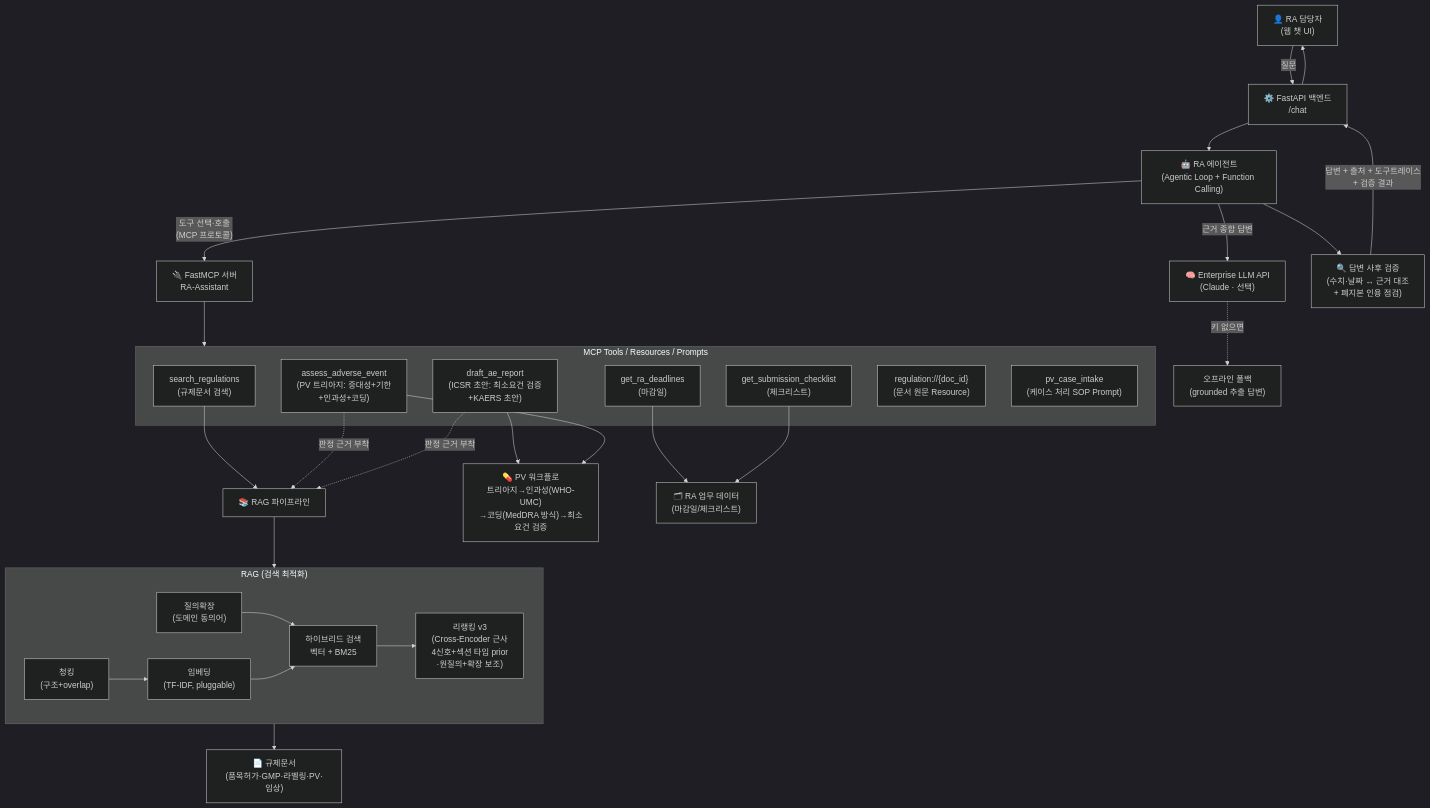
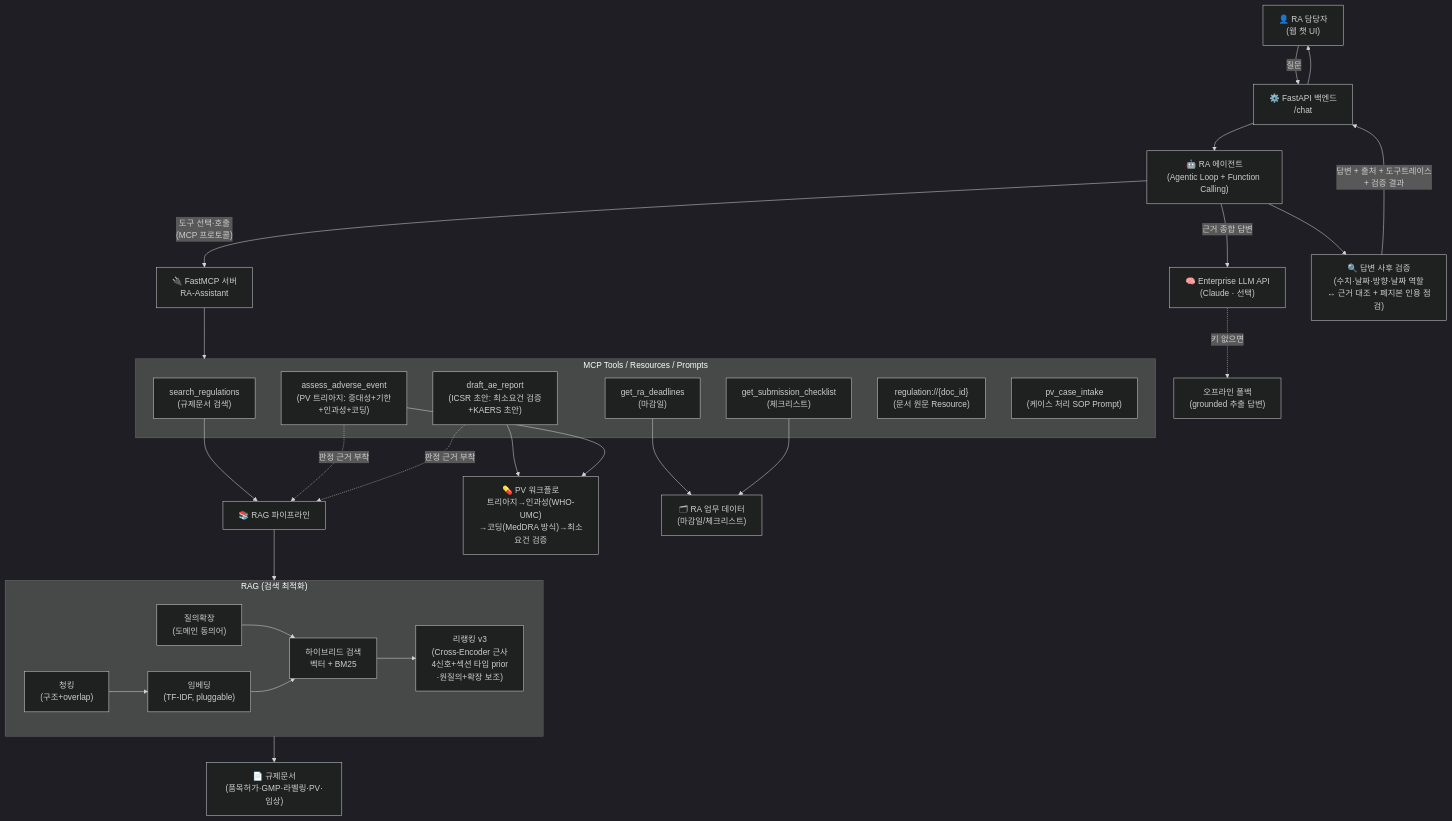
The diagram in project/README.md (chaeyoo/letsgogc), drawn with Mermaid (dark theme) before and after one commit. The commit also changed other lines of this file and 18 other files, not shown here.

````diff
--- a/project/README.md
+++ b/project/README.md
@@ -48,41 +51,41 @@
 ```mermaid
 flowchart TB
     U["👤 RA 담당자<br/>(웹 챗 UI)"] -->|질문| API["⚙️ FastAPI 백엔드<br/>/chat"]
     API --> AG["🤖 RA 에이전트<br/>(Agentic Loop + Function Calling)"]
 
     AG -->|"도구 선택·호출<br/>(MCP 프로토콜)"| MCP["🔌 FastMCP 서버<br/>RA-Assistant"]
 
     subgraph MCP_TOOLS["MCP Tools / Resources / Prompts"]
         T1["search_regulations<br/>(규제문서 검색)"]
         T2["get_ra_deadlines<br/>(마감일)"]
         T3["get_submission_checklist<br/>(체크리스트)"]
         T4["assess_adverse_event<br/>(PV 트리아지: 중대성+기한<br/>+인과성+코딩)"]
         T5["draft_ae_report<br/>(ICSR 초안: 최소요건 검증<br/>+KAERS 초안)"]
         R1["regulation://{doc_id}<br/>(문서 원문 Resource)"]
         P1["pv_case_intake<br/>(케이스 처리 SOP Prompt)"]
     end
     MCP --> MCP_TOOLS
 
     T1 --> RAG["📚 RAG 파이프라인"]
     T4 -.->|"판정 근거 부착"| RAG
     T5 -.->|"판정 근거 부착"| RAG
     T5 --> PV["💊 PV 워크플로<br/>트리아지→인과성(WHO-UMC)<br/>→코딩(MedDRA 방식)→최소요건 검증"]
     T4 --> PV
     subgraph RAG_PIPE["RAG (검색 최적화)"]
         C1["청킹<br/>(구조+overlap)"] --> C2["임베딩<br/>(TF-IDF, pluggable)"]
         C0["질의확장<br/>(도메인 동의어)"] --> C3["하이브리드 검색<br/>벡터 + BM25"]
         C2 --> C3
         C3 --> C4["리랭킹 v3<br/>(Cross-Encoder 근사<br/>4신호+섹션 타입 prior<br/>·원질의+확장 보조)"]
     end
     RAG --> RAG_PIPE
     RAG_PIPE --> DOCS["📄 규제문서<br/>(품목허가·GMP·라벨링·PV·임상)"]
 
     T2 --> DB["🗂 RA 업무 데이터<br/>(마감일/체크리스트)"]
     T3 --> DB
 
     AG -->|"근거 종합 답변"| LLM["🧠 Enterprise LLM API<br/>(Claude · 선택)"]
     LLM -.->|"키 없으면"| FB["오프라인 폴백<br/>(grounded 추출 답변)"]
 
-    AG --> VER["🔍 답변 사후 검증<br/>(수치·날짜 ↔ 근거 대조<br/>+ 폐지본 인용 점검)"]
+    AG --> VER["🔍 답변 사후 검증<br/>(수치·날짜·방향·날짜 역할<br/>↔ 근거 대조 + 폐지본 인용 점검)"]
     VER -->|"답변 + 출처 + 도구트레이스<br/>+ 검증 결과"| API --> U
 ```
````
